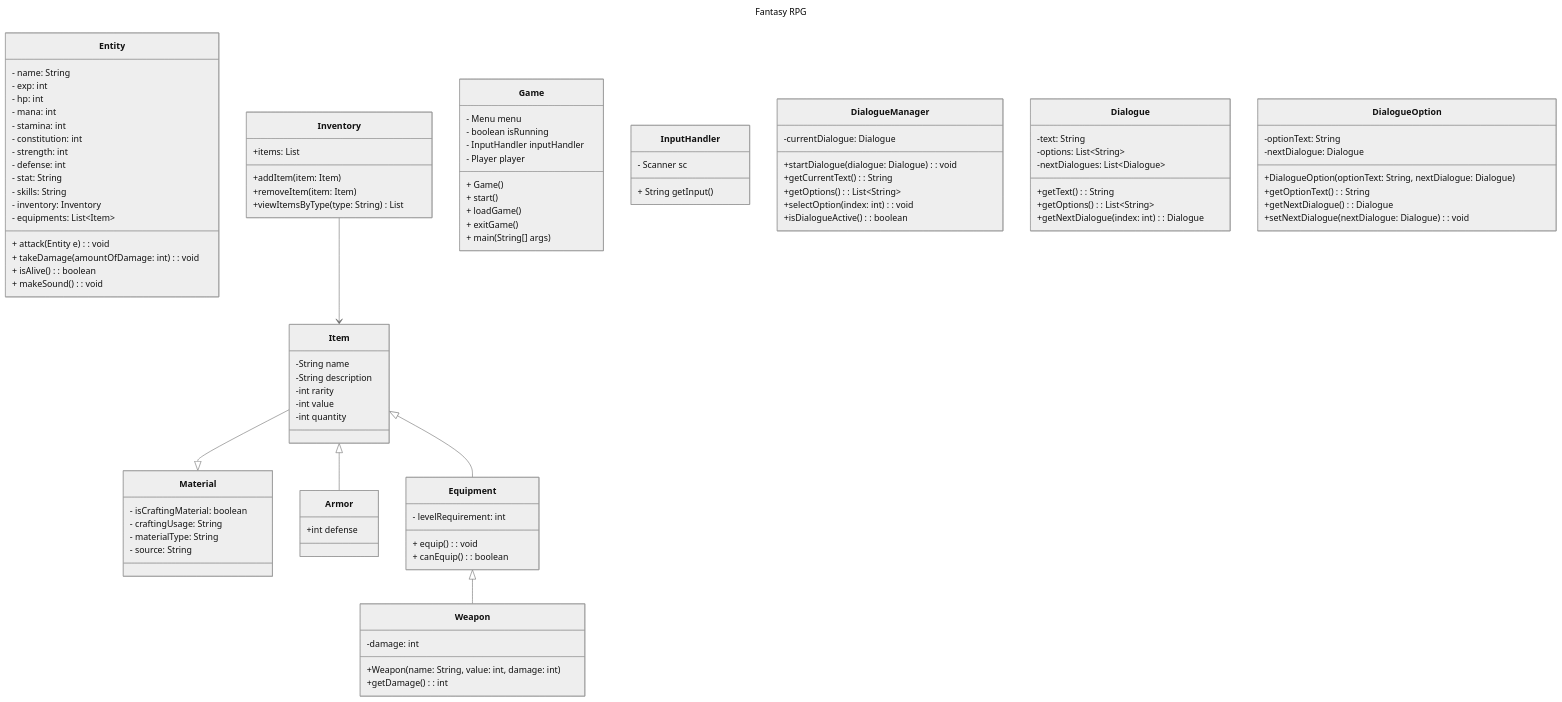
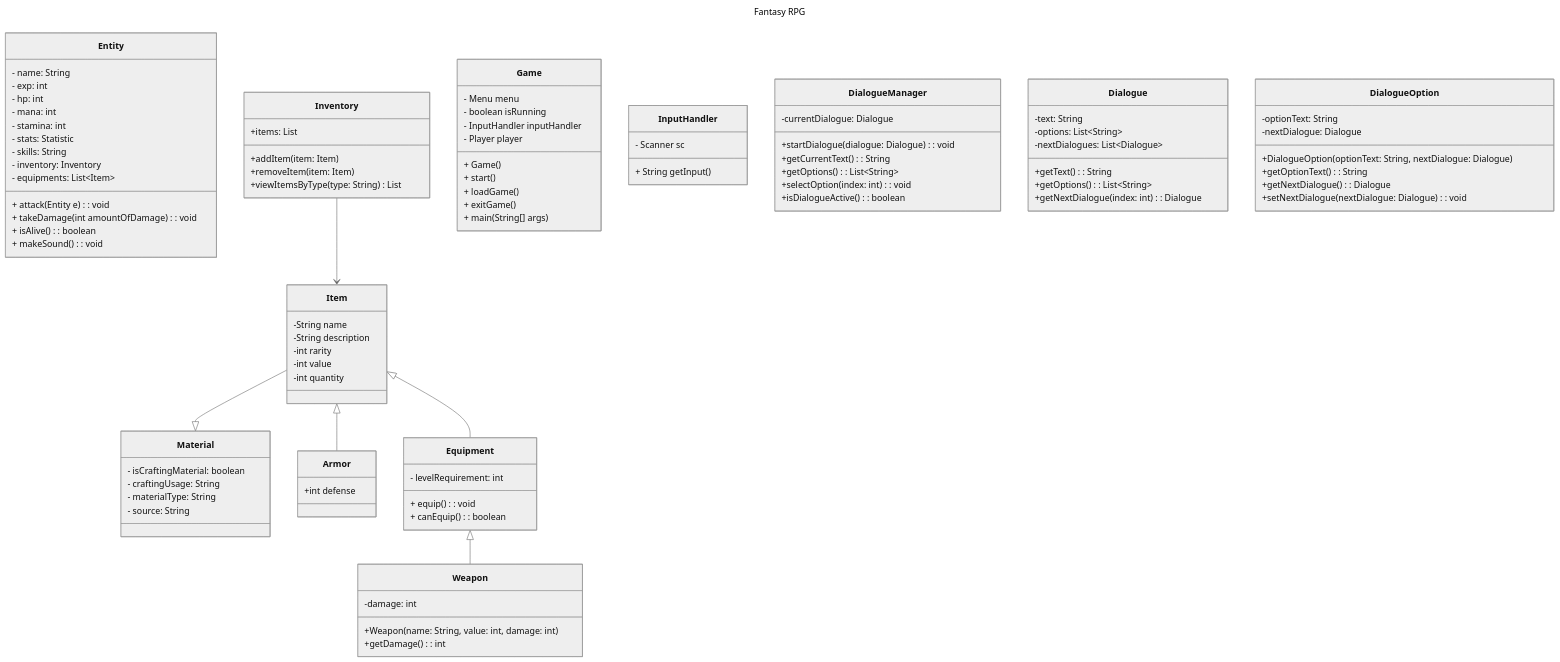
Before and after one commit to pacalso-jjc/2425-2nd-cc3-1b-rpg: the diagram in wiki/Class-Diagram.md, drawn with Mermaid (neutral theme).

Commit message:
Update Class-Diagram.md to match changes requested

```diff
--- a/wiki/Class-Diagram.md
+++ b/wiki/Class-Diagram.md
@@ -9,15 +9,12 @@
       - hp: int
       - mana: int
       - stamina: int
-      - constitution: int
-      - strength: int
-      - defense: int
-      - stat: String
+      - stats: Statistic
       - skills: String
       - inventory: Inventory
       - equipments: List~Item~
       + attack(Entity e): void
-      + takeDamage(amountOfDamage: int): void
+      + takeDamage(int amountOfDamage): void
       + isAlive (): boolean
       + makeSound(): void
     }
@@ -29,7 +26,6 @@
         - craftingUsage: String
         - materialType: String
         - source: String
-
     }
 
     class Item {
```
